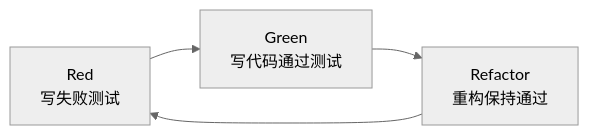
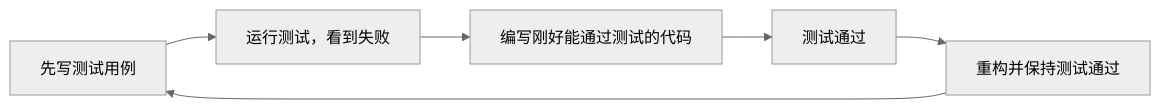
The third of 3 diagrams in src/content/test-lecture-01.md (Ziwen-Lii/pique-review-site), drawn with Mermaid (neutral theme) before and after one commit. The commit also changed other lines of this file and 8 other files, not shown here.

````diff
--- a/src/content/test-lecture-01.md
+++ b/src/content/test-lecture-01.md
@@ -202,6 +200,8 @@
 ```mermaid
 flowchart LR
-  A["Red<br/>写失败测试"] --> B["Green<br/>写代码通过测试"]
-  B --> C["Refactor<br/>重构保持通过"]
-  C --> A
+  A["先写测试用例"] --> B["运行测试，看到失败"]
+  B --> C["编写刚好能通过测试的代码"]
+  C --> D["测试通过"]
+  D --> E["重构并保持测试通过"]
+  E --> A
 ```
````
